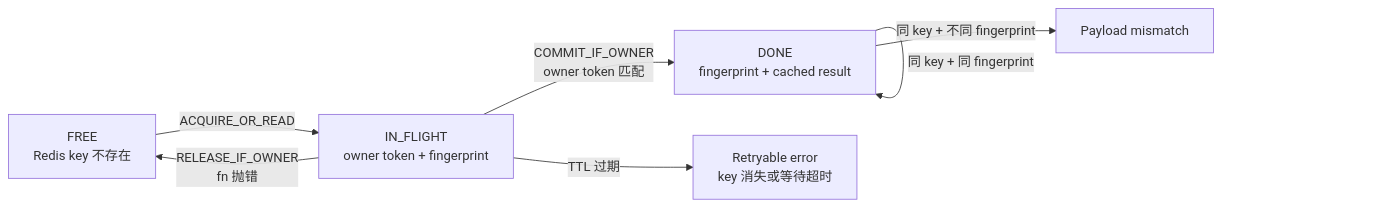
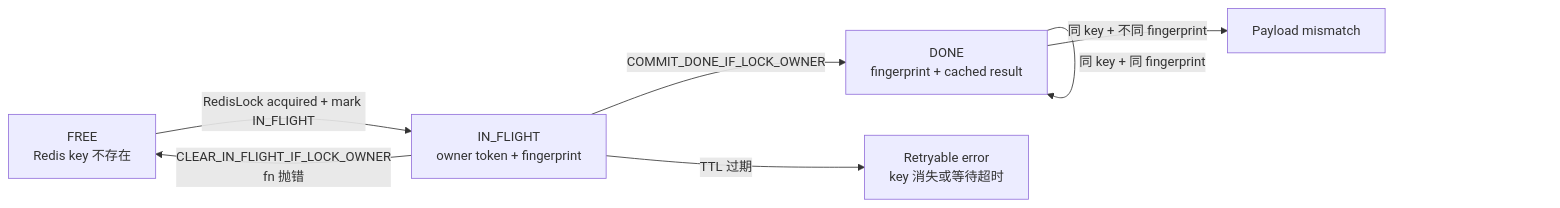
Before and after one commit to cevio/hile: the first of 2 diagrams in docs/packages/redis-idempotency.mdx, drawn with Mermaid. The commit also changed other lines of this file and 72 other files, not shown here.

````diff
--- a/docs/packages/redis-idempotency.mdx
+++ b/docs/packages/redis-idempotency.mdx
@@ -73,14 +75,14 @@
 ```mermaid
 flowchart LR
     A["FREE<br/>Redis key 不存在"]
     B["IN_FLIGHT<br/>owner token + fingerprint"]
     C["DONE<br/>fingerprint + cached result"]
     D["Retryable error<br/>key 消失或等待超时"]
 
-    A -->|"ACQUIRE_OR_READ"| B
-    B -->|"COMMIT_IF_OWNER<br/>owner token 匹配"| C
-    B -->|"RELEASE_IF_OWNER<br/>fn 抛错"| A
+    A -->|"RedisLock acquired + mark IN_FLIGHT"| B
+    B -->|"COMMIT_DONE_IF_LOCK_OWNER"| C
+    B -->|"CLEAR_IN_FLIGHT_IF_LOCK_OWNER<br/>fn 抛错"| A
     B -->|"TTL 过期"| D
     C -->|"同 key + 同 fingerprint"| C
     C -->|"同 key + 不同 fingerprint"| E["Payload mismatch"]
 ```
````
